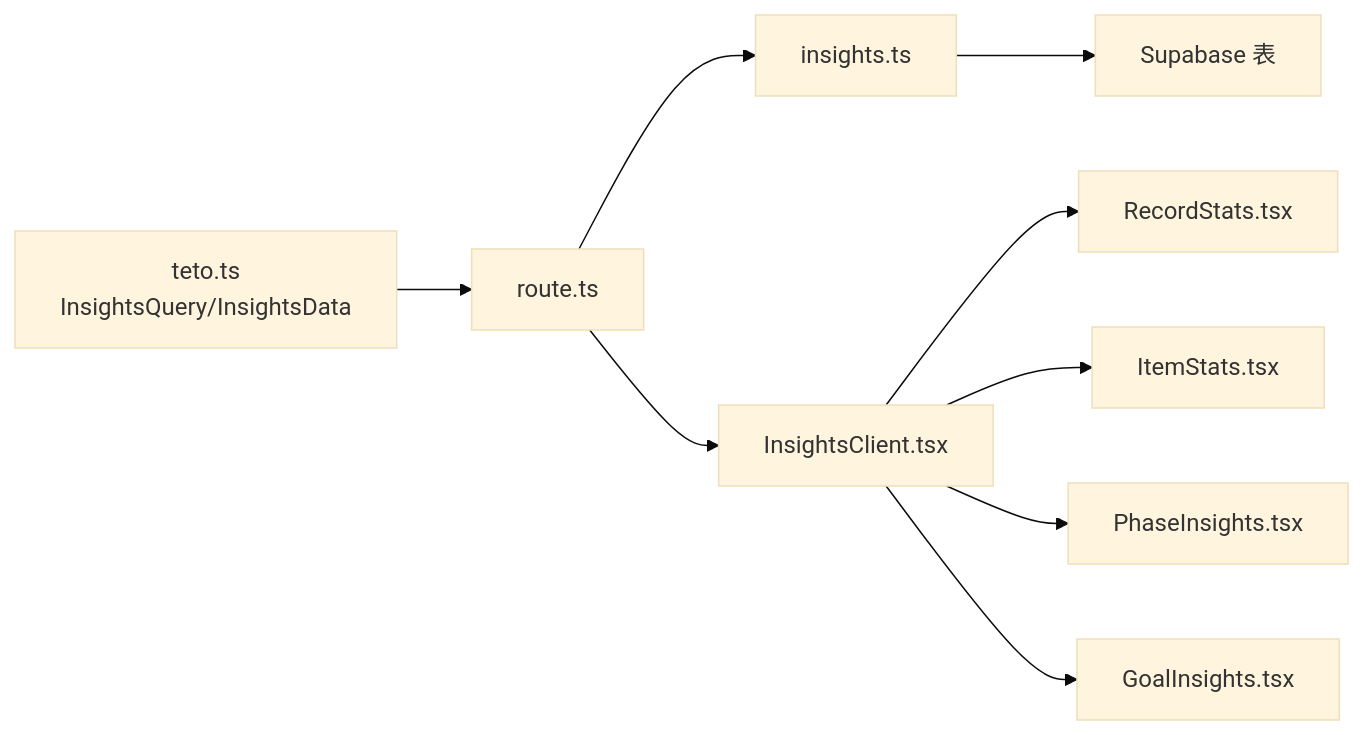
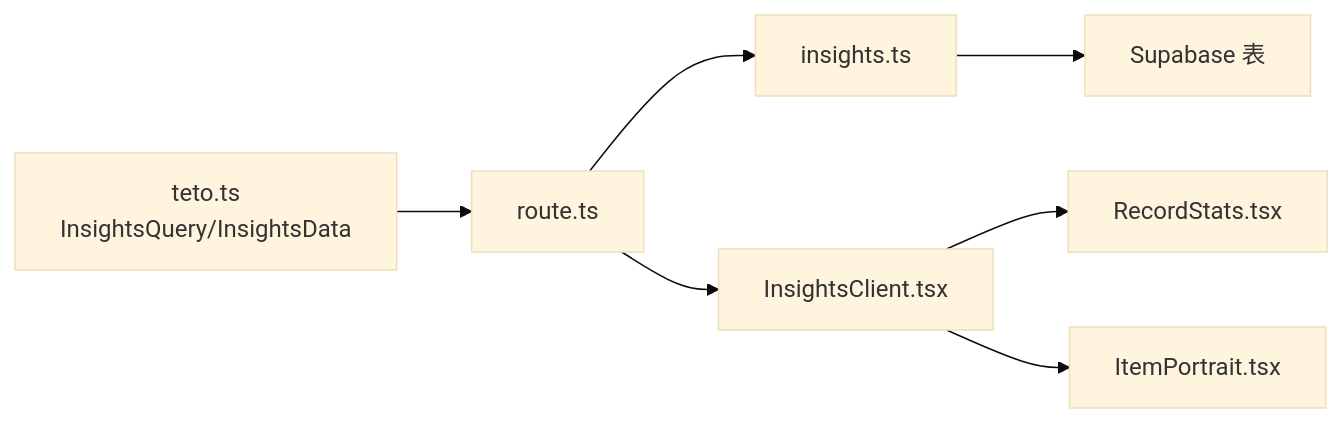
The sixth of 6 diagrams in .qoder/repowiki/zh/content/API接口文档/洞察API.md (bbong1234/TETO), drawn with Mermaid (base theme) before and after one commit. The commit also changed other lines of this file and 352 other files, not shown here.

````diff
--- a/.qoder/repowiki/zh/content/API接口文档/洞察API.md
+++ b/.qoder/repowiki/zh/content/API接口文档/洞察API.md
@@ -266,11 +252,9 @@
 ```mermaid
 graph LR
 TS["teto.ts<br/>InsightsQuery/InsightsData"] --> RT["route.ts"]
 RT --> SVC["insights.ts"]
 SVC --> DB["Supabase 表"]
 RT --> FE["InsightsClient.tsx"]
 FE --> RS["RecordStats.tsx"]
-FE --> IS["ItemStats.tsx"]
-FE --> PS["PhaseInsights.tsx"]
-FE --> GS["GoalInsights.tsx"]
+FE --> IP["ItemPortrait.tsx"]
 ```
````
